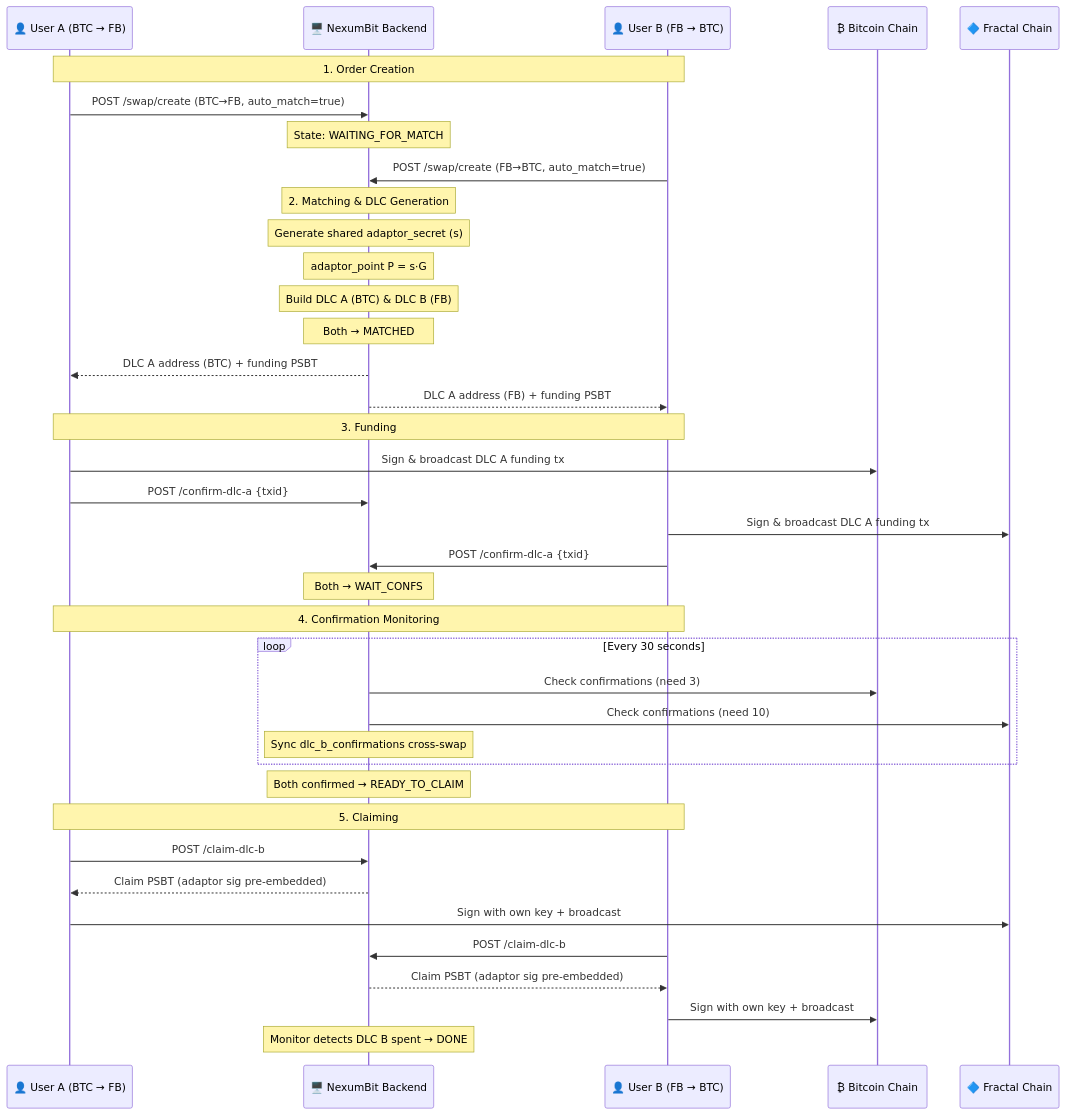
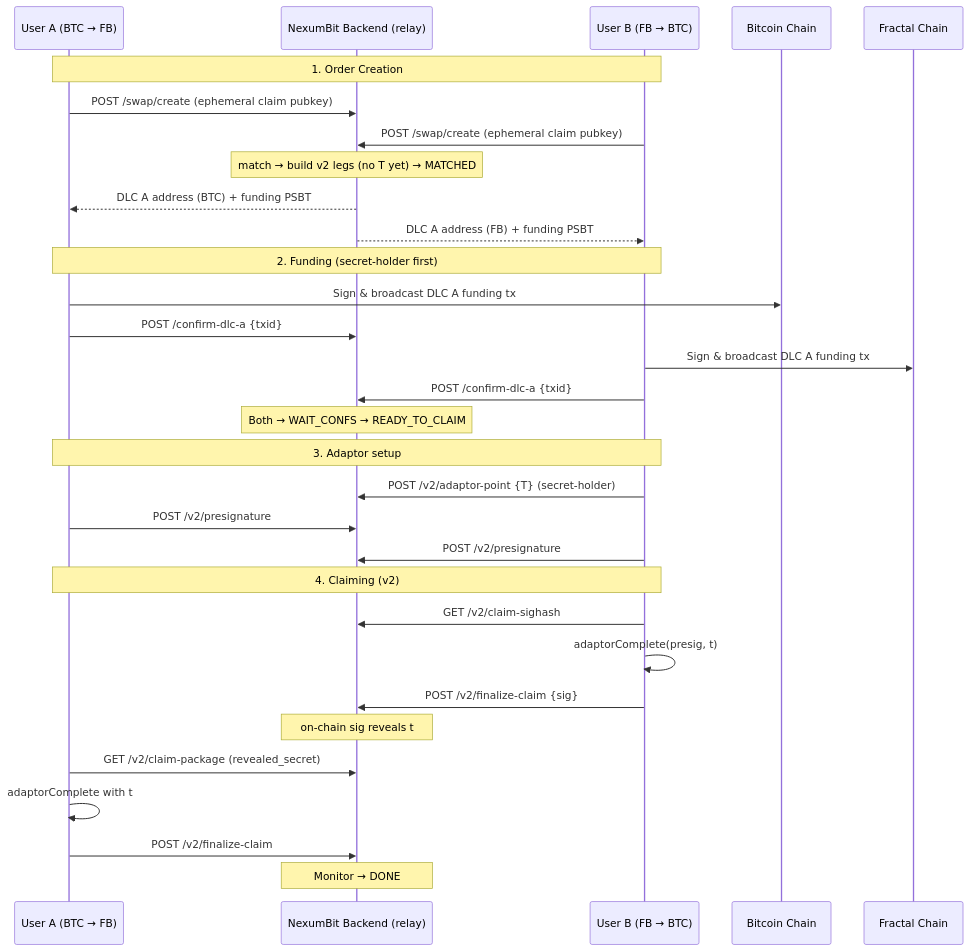
Before and after one commit to the-lonely-bit/taproot-based_discreet_log_contracts: the second of 5 diagrams in README.md, drawn with Mermaid. The commit also changed other lines of this file, not shown here.

````diff
--- a/README.md
+++ b/README.md
@@ -234,48 +276,38 @@
 ```mermaid
 sequenceDiagram
-    participant A as 👤 User A (BTC → FB)
-    participant BE as 🖥️ NexumBit Backend
-    participant B as 👤 User B (FB → BTC)
-    participant BTC as ₿ Bitcoin Chain
-    participant FB as 🔷 Fractal Chain
+    participant A as User A (BTC → FB)
+    participant BE as NexumBit Backend (relay)
+    participant B as User B (FB → BTC)
+    participant BTC as Bitcoin Chain
+    participant FB as Fractal Chain
 
     Note over A,B: 1. Order Creation
-    A->>BE: POST /swap/create (BTC→FB, auto_match=true)
-    Note over BE: State: WAITING_FOR_MATCH
-    B->>BE: POST /swap/create (FB→BTC, auto_match=true)
-
-    Note over BE: 2. Matching & DLC Generation
-    Note over BE: Generate shared adaptor_secret (s)
-    Note over BE: adaptor_point P = s·G
-    Note over BE: Build DLC A (BTC) & DLC B (FB)
-    Note over BE: Both → MATCHED
+    A->>BE: POST /swap/create (ephemeral claim pubkey)
+    B->>BE: POST /swap/create (ephemeral claim pubkey)
+    Note over BE: match → build v2 legs (no T yet) → MATCHED
 
     BE-->>A: DLC A address (BTC) + funding PSBT
     BE-->>B: DLC A address (FB) + funding PSBT
 
-    Note over A,B: 3. Funding
+    Note over A,B: 2. Funding (secret-holder first)
     A->>BTC: Sign & broadcast DLC A funding tx
     A->>BE: POST /confirm-dlc-a {txid}
     B->>FB: Sign & broadcast DLC A funding tx
     B->>BE: POST /confirm-dlc-a {txid}
-    Note over BE: Both → WAIT_CONFS
+    Note over BE: Both → WAIT_CONFS → READY_TO_CLAIM
 
-    Note over A,B: 4. Confirmation Monitoring
-    loop Every 30 seconds
-        BE->>BTC: Check confirmations (need 3)
-        BE->>FB: Check confirmations (need 10)
-        Note over BE: Sync dlc_b_confirmations cross-swap
-    end
-    Note over BE: Both confirmed → READY_TO_CLAIM
+    Note over A,B: 3. Adaptor setup
+    B->>BE: POST /v2/adaptor-point {T}  (secret-holder)
+    A->>BE: POST /v2/presignature
+    B->>BE: POST /v2/presignature
 
-    Note over A,B: 5. Claiming
-    A->>BE: POST /claim-dlc-b
-    BE-->>A: Claim PSBT (adaptor sig pre-embedded)
-    A->>FB: Sign with own key + broadcast
-
-    B->>BE: POST /claim-dlc-b
-    BE-->>B: Claim PSBT (adaptor sig pre-embedded)
-    B->>BTC: Sign with own key + broadcast
-
-    Note over BE: Monitor detects DLC B spent → DONE
+    Note over A,B: 4. Claiming (v2)
+    B->>BE: GET /v2/claim-sighash
+    B->>B: adaptorComplete(presig, t)
+    B->>BE: POST /v2/finalize-claim {sig}
+    Note over BE: on-chain sig reveals t
+    A->>BE: GET /v2/claim-package (revealed_secret)
+    A->>A: adaptorComplete with t
+    A->>BE: POST /v2/finalize-claim
+    Note over BE: Monitor → DONE
 ```
````
